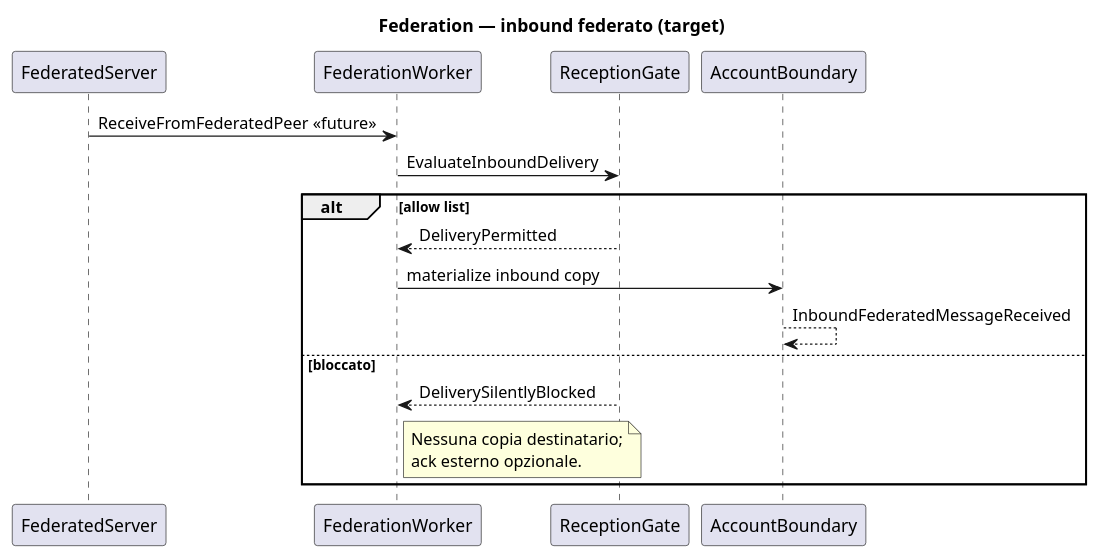
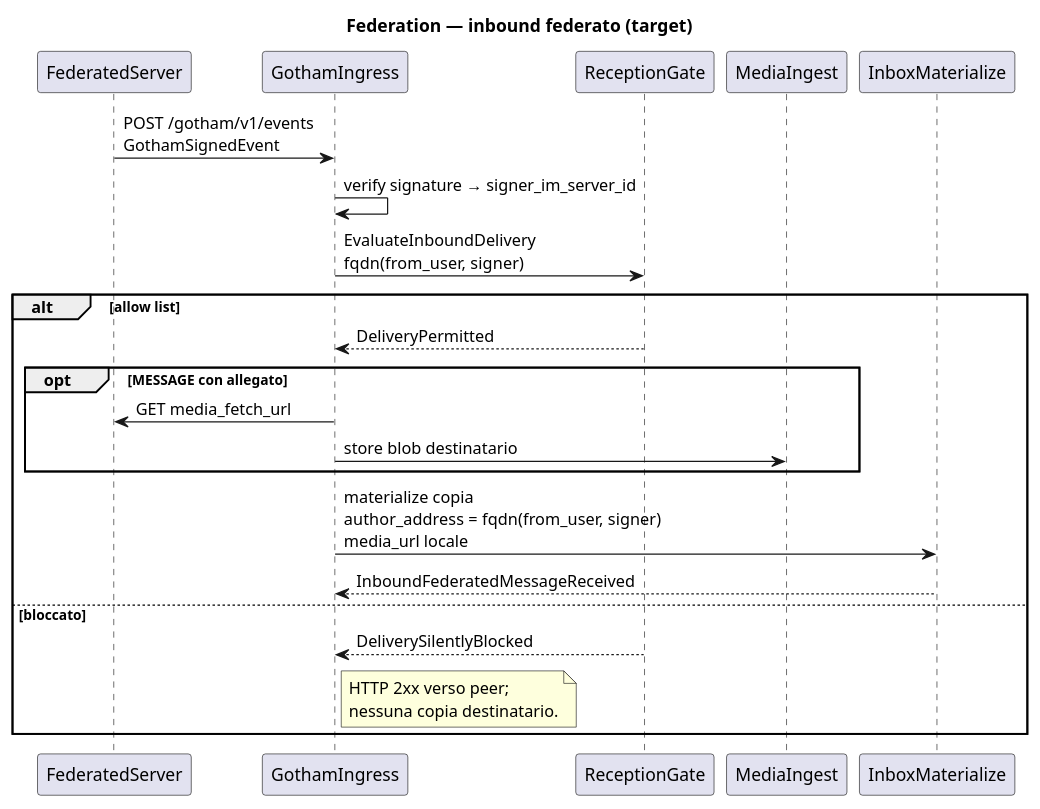
One commit to alfred-im/alfred-im changed the diagram in docs/model/uml/federation/seq-federation-inbound.puml. Above: the diagram before and after it, drawn with PlantUML. The commit also changed 18 other files, not shown here.

First line of the commit message:
docs(federation): allinea piattaforma alle 6 obiezioni modello Gotham

```diff
--- a/docs/model/uml/federation/seq-federation-inbound.puml
+++ b/docs/model/uml/federation/seq-federation-inbound.puml
@@ -1,27 +1,34 @@
 @startuml seq-federation-inbound
 ' Context: federation
 ' Profile: platform
-' Revision: 2026-07-27
+' Revision: 2026-09-15
 
 title Federation — inbound federato (target)
 
 participant "FederatedServer" as EXT
-participant "FederationWorker" as B
+participant "GothamIngress" as GI
 participant "ReceptionGate" as GATE
-participant "AccountBoundary" as AB
+participant "MediaIngest" as MI
+participant "InboxMaterialize" as IM
 
-EXT -> B : ReceiveFromFederatedPeer <<future>>
-B -> GATE : EvaluateInboundDelivery
+EXT -> GI : POST /gotham/v1/events\nGothamSignedEvent
+GI -> GI : verify signature → signer_im_server_id
+GI -> GATE : EvaluateInboundDelivery\nfqdn(from_user, signer)
+
 alt allow list
-  GATE --> B : DeliveryPermitted
-  B -> AB : materialize inbound copy
-  AB --> AB : InboundFederatedMessageReceived
+  GATE --> GI : DeliveryPermitted
+  opt MESSAGE con allegato
+    GI -> EXT : GET media_fetch_url
+    GI -> MI : store blob destinatario
+  end
+  GI -> IM : materialize copia\nauthor_address = fqdn(from_user, signer)\nmedia_url locale
+  IM --> GI : InboundFederatedMessageReceived
 else bloccato
-  GATE --> B : DeliverySilentlyBlocked
-  note right of B
-    Nessuna copia destinatario;
-    ack esterno opzionale.
+  GATE --> GI : DeliverySilentlyBlocked
+  note right of GI
+    HTTP 2xx verso peer;
+    nessuna copia destinatario.
   end note
 end
 
 @enduml
```
